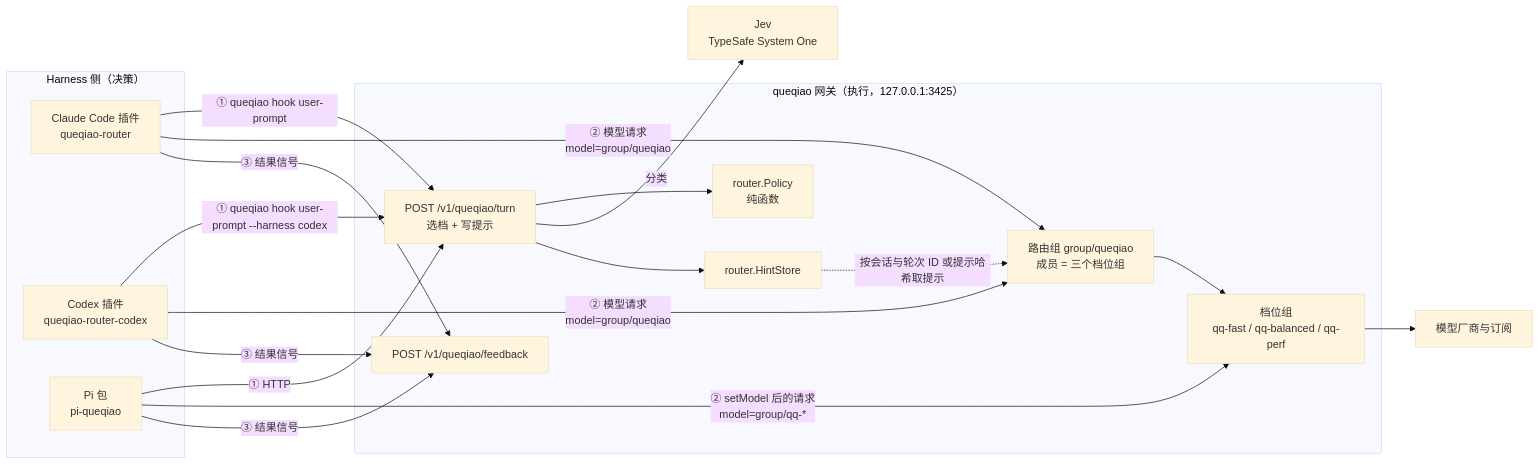
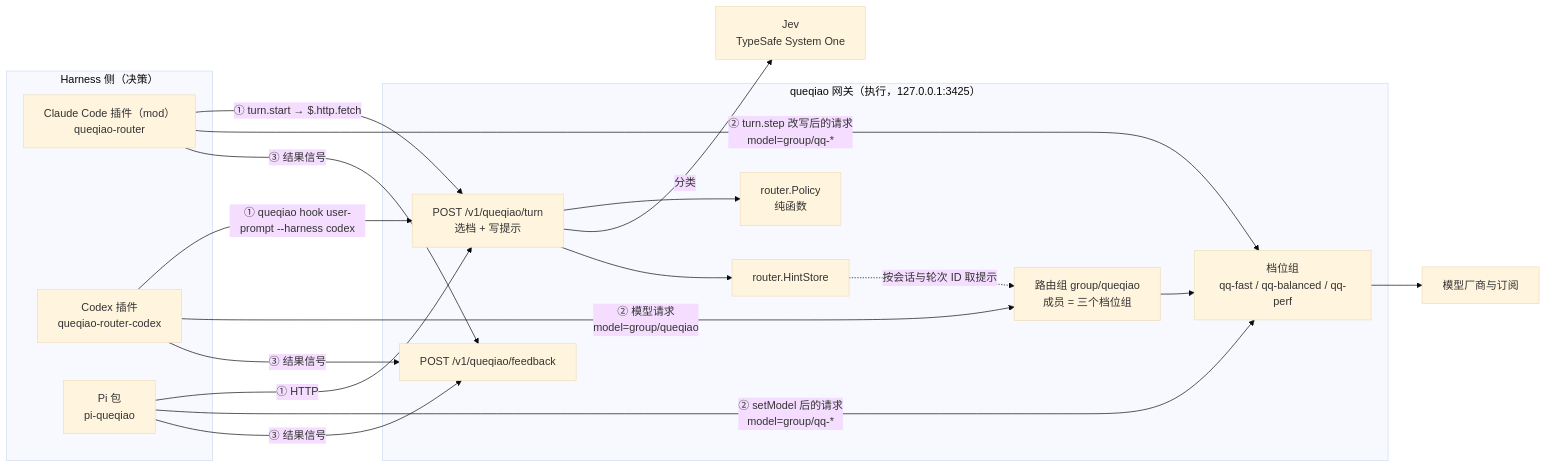
The first of 2 diagrams in docs/superpowers/specs/2026-10-02-queqiao-design.md (weiping/queqiao), drawn with Mermaid (base theme) before and after one commit. The commit also changed other lines of this file, not shown here.

First line of the commit message:
docs(spec): integrate Claude Code through mods instead of command hooks

````diff
--- a/docs/superpowers/specs/2026-10-02-queqiao-design.md
+++ b/docs/superpowers/specs/2026-10-02-queqiao-design.md
@@ -103,32 +111,32 @@
 ```mermaid
 flowchart LR
   subgraph H["Harness 侧（决策）"]
-    CC["Claude Code 插件<br/>queqiao-router"]
+    CC["Claude Code 插件（mod）<br/>queqiao-router"]
     CX["Codex 插件<br/>queqiao-router-codex"]
     PI["Pi 包<br/>pi-queqiao"]
   end
   subgraph Q["queqiao 网关（执行，127.0.0.1:3425）"]
     TURN["POST /v1/queqiao/turn<br/>选档 + 写提示"]
     FB["POST /v1/queqiao/feedback"]
     POL["router.Policy<br/>纯函数"]
     HS["router.HintStore"]
     RG["路由组 group/queqiao<br/>成员 = 三个档位组"]
     TG["档位组<br/>qq-fast / qq-balanced / qq-perf"]
   end
   JEV["Jev<br/>TypeSafe System One"]
   UP["模型厂商与订阅"]
-  CC -- "① queqiao hook user-prompt" --> TURN
+  CC -- "① turn.start → $.http.fetch" --> TURN
   CX -- "① queqiao hook user-prompt --harness codex" --> TURN
   PI -- "① HTTP" --> TURN
   TURN --> POL
   TURN -- "分类" --> JEV
   TURN --> HS
-  CC -- "② 模型请求<br/>model=group/queqiao" --> RG
+  CC -- "② turn.step 改写后的请求<br/>model=group/qq-*" --> TG
   CX -- "② 模型请求<br/>model=group/queqiao" --> RG
-  HS -. "按会话与轮次 ID 或提示哈希取提示" .-> RG
+  HS -. "按会话与轮次 ID 取提示" .-> RG
   PI -- "② setModel 后的请求<br/>model=group/qq-*" --> TG
   RG --> TG --> UP
   CC -- "③ 结果信号" --> FB
   CX -- "③ 结果信号" --> FB
   PI -- "③ 结果信号" --> FB
 ```
````
